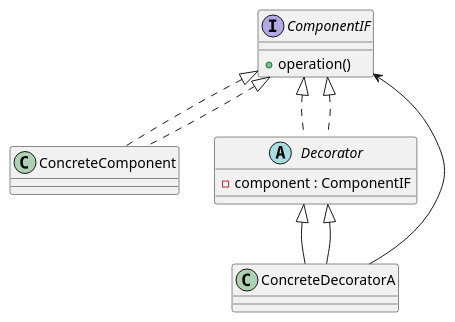
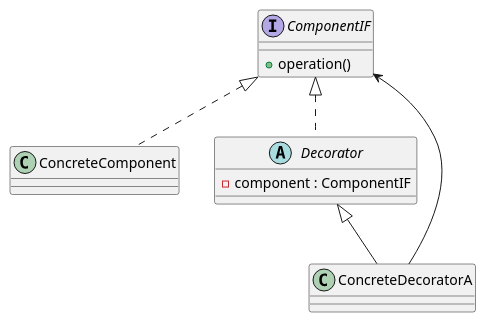
The diagram in src/main/java/com/penapereira/example/constructs/decorator/README.md (lpenap/java-patterns-and-constructs), drawn with PlantUML before and after one commit. The commit also changed other lines of this file and 18 other files, not shown here.

Commit message:
Add descriptions and class diagrams for each pattern and problem

````diff
--- a/src/main/java/com/penapereira/example/constructs/decorator/README.md
+++ b/src/main/java/com/penapereira/example/constructs/decorator/README.md
@@ -6,16 +9,13 @@
 ```plantuml
 @startuml
 interface ComponentIF {
     +operation()
 }
 class ConcreteComponent implements ComponentIF
 abstract class Decorator implements ComponentIF {
     -component : ComponentIF
 }
 class ConcreteDecoratorA extends Decorator
-ComponentIF <|.. ConcreteComponent
-ComponentIF <|.. Decorator
-Decorator <|-- ConcreteDecoratorA
 ConcreteDecoratorA --> ComponentIF
 @enduml
 ```
````
